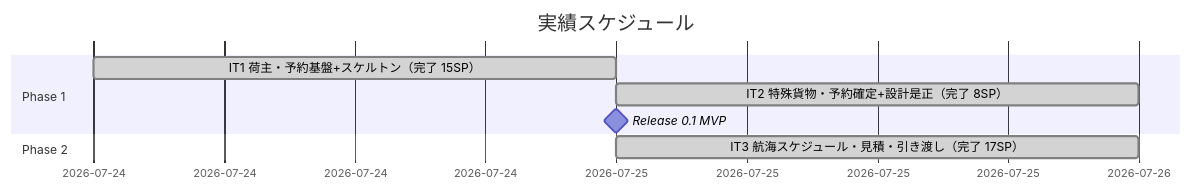
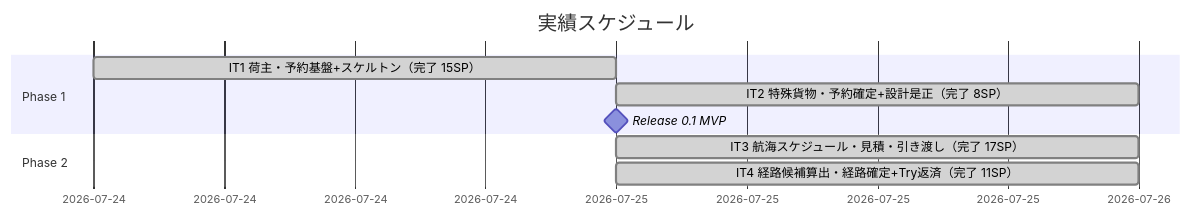
Before and after one commit to k2works/case-study-cargo-tracker: the second of 3 diagrams in docs/development/release_plan.md, drawn with Mermaid. The commit also changed other lines of this file and 1 other file, not shown here.

````diff
--- a/docs/development/release_plan.md
+++ b/docs/development/release_plan.md
@@ -167,12 +167,13 @@
 ```mermaid
 gantt
     title 実績スケジュール
     dateFormat  YYYY-MM-DD
     section Phase 1
     IT1 荷主・予約基盤+スケルトン（完了 15SP） :done, a1, 2026-07-24, 1d
     IT2 特殊貨物・予約確定+設計是正（完了 8SP） :done, a2, 2026-07-25, 1d
     Release 0.1 MVP                              :milestone, m1, 2026-07-25, 0d
     section Phase 2
     IT3 航海スケジュール・見積・引き渡し（完了 17SP） :done, a3, 2026-07-25, 1d
+    IT4 経路候補算出・経路確定+Try返済（完了 11SP） :done, a4, 2026-07-25, 1d
     section Phase 3
 ```
````
